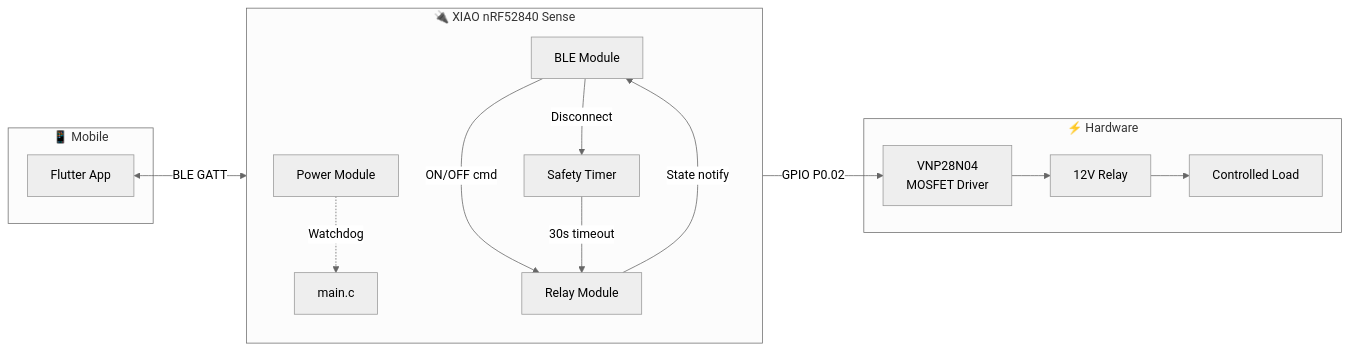
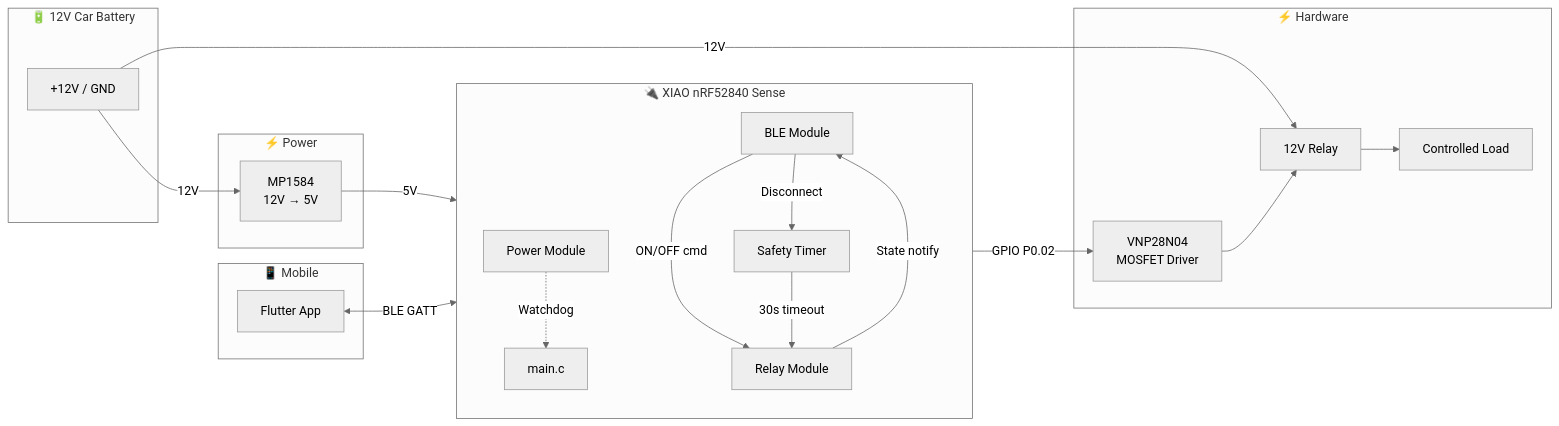
Before and after one commit to vabarcaPWR/xiao-remote-button: the first of 7 diagrams in docs/architecture-firmware.md, drawn with Mermaid (neutral theme). The commit also changed other lines of this file, not shown here.

````diff
--- a/docs/architecture-firmware.md
+++ b/docs/architecture-firmware.md
@@ -12,31 +12,42 @@
 ```mermaid
 graph LR
+    subgraph "🔋 12V Car Battery"
+        BAT["+12V / GND"]
+    end
+
     subgraph "📱 Mobile"
         APP[Flutter App]
+    end
+
+    subgraph "⚡ Power"
+        BUCK[MP1584<br/>12V → 5V]
     end
 
     subgraph "🔌 XIAO nRF52840 Sense"
         direction TB
         MAIN[main.c]
         BLE[BLE Module]
         RELAY[Relay Module]
         POWER[Power Module]
         TIMER[Safety Timer]
     end
 
     subgraph "⚡ Hardware"
         MOSFET[VNP28N04<br/>MOSFET Driver]
         RLY[12V Relay]
         LOAD[Controlled Load]
     end
 
+    BAT -->|12V| BUCK
+    BUCK -->|5V| MAIN
+    BAT -->|12V| RLY
     APP <-->|BLE GATT| BLE
     BLE -->|ON/OFF cmd| RELAY
     BLE -->|Disconnect| TIMER
     TIMER -->|30s timeout| RELAY
     RELAY -->|GPIO P0.02| MOSFET
     MOSFET --> RLY
     RLY --> LOAD
     POWER -.->|Watchdog| MAIN
     RELAY -->|State notify| BLE
 ```
````
